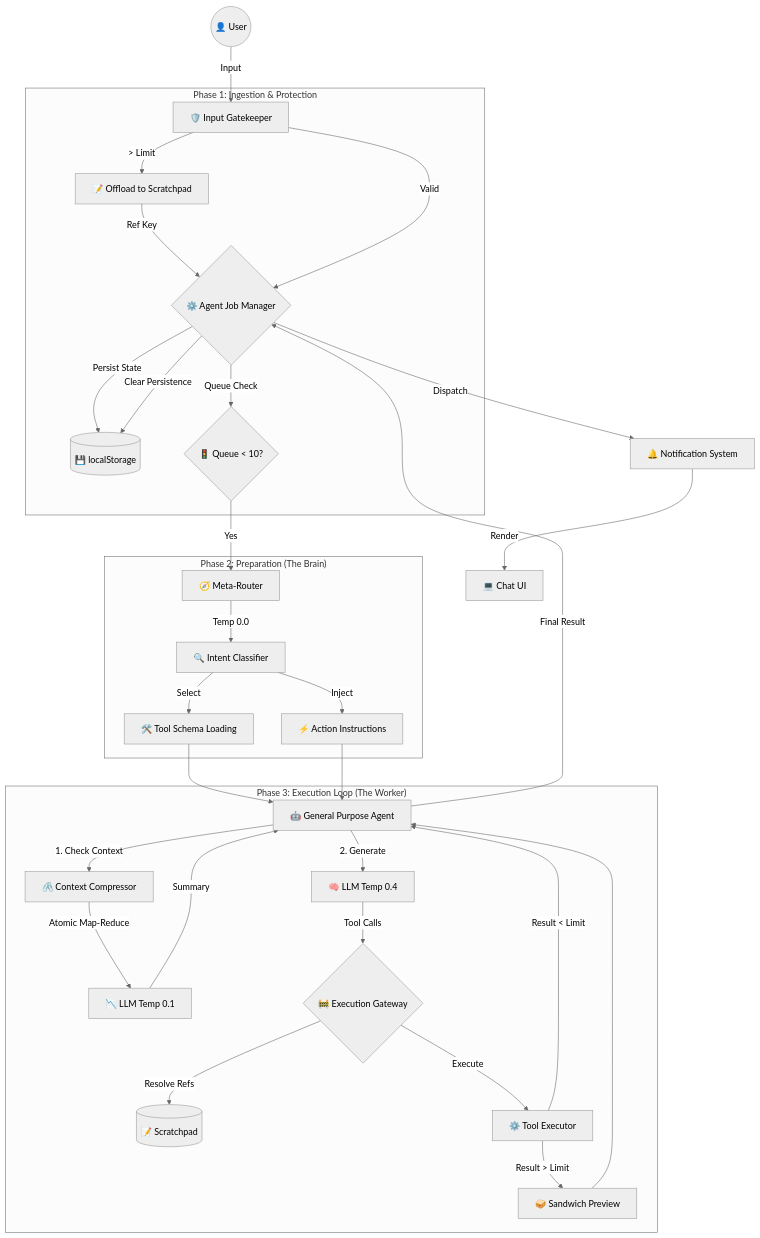
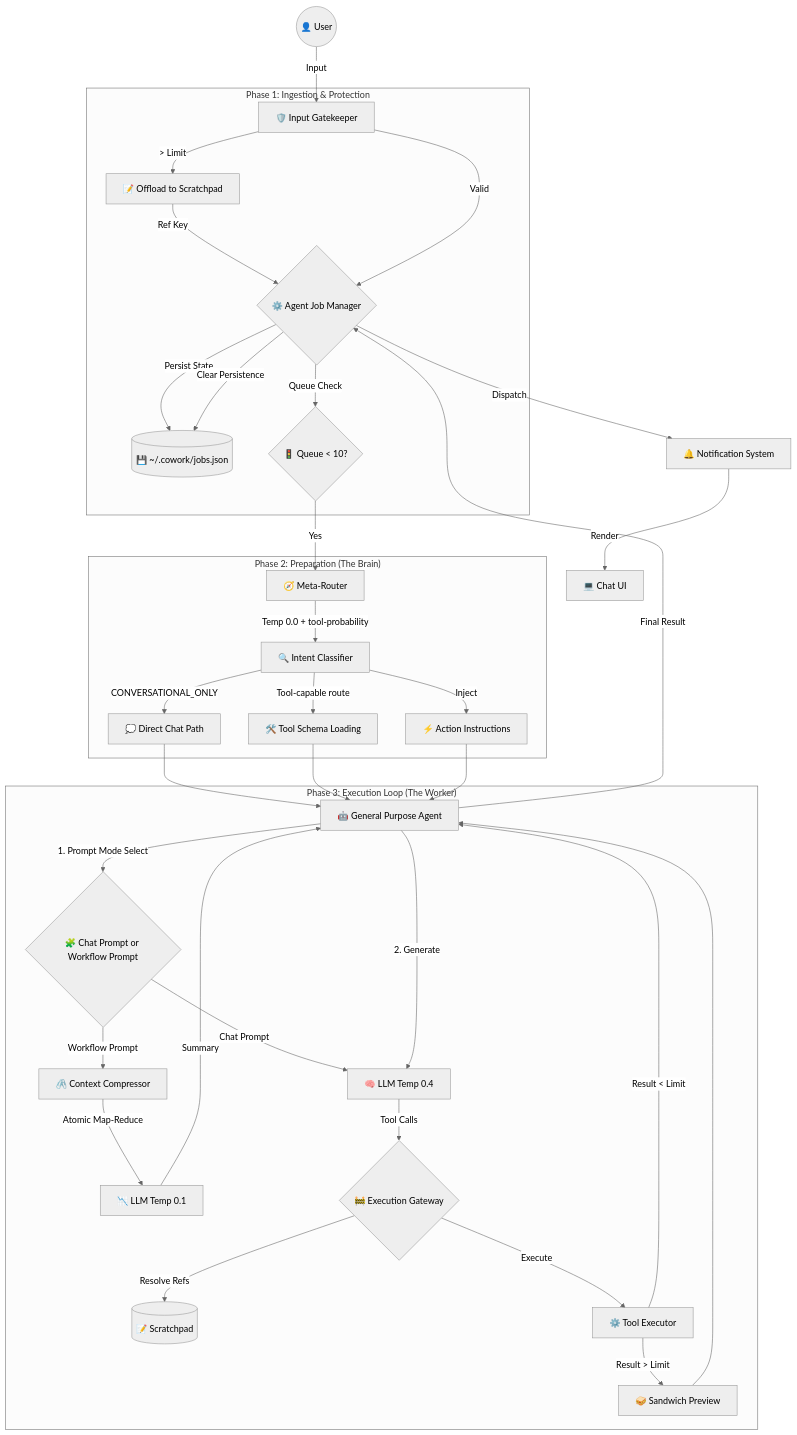
One commit to rzafiamy/cowork changed the diagram in docs/agentic/Overview.md. Above: the diagram before and after it, drawn with Mermaid (neutral theme). The commit also changed other lines of this file and 13 other files, not shown here.

````diff
--- a/docs/agentic/Overview.md
+++ b/docs/agentic/Overview.md
@@ -23,44 +32,48 @@
 ```mermaid
 graph TD
     User((👤 User)) -->|Input| Gatekeeper[🛡️ Input Gatekeeper]
 
     subgraph "Phase 1: Ingestion & Protection"
         Gatekeeper -- "> Limit" --> Offload[📝 Offload to Scratchpad]
         Offload -->|Ref Key| JobMgr
         Gatekeeper -- "Valid" --> JobMgr{⚙️ Agent Job Manager}
         
-        JobMgr -->|Persist State| Storage[(💾 localStorage)]
+        JobMgr -->|Persist State| Storage[(💾 ~/.cowork/jobs.json)]
         JobMgr -->|Queue Check| Queue{🚦 Queue < 10?}
     end
 
     subgraph "Phase 2: Preparation (The Brain)"
         Queue -- Yes --> Router[🧭 Meta-Router]
-        Router -->|Temp 0.0| Classifier[🔍 Intent Classifier]
-        Classifier -->|Select| Tools[🛠️ Tool Schema Loading]
+        Router -->|Temp 0.0 + tool-probability| Classifier[🔍 Intent Classifier]
+        Classifier -->|CONVERSATIONAL_ONLY| ChatPath[💭 Direct Chat Path]
+        Classifier -->|Tool-capable route| Tools[🛠️ Tool Schema Loading]
         Classifier -->|Inject| Actions[⚡ Action Instructions]
     end
 
     subgraph "Phase 3: Execution Loop (The Worker)"
+        ChatPath --> Agent
         Tools --> Agent[🤖 General Purpose Agent]
         Actions --> Agent
         
-        Agent -->|1. Check Context| Compressor[🖇️ Context Compressor]
+        Agent -->|1. Prompt Mode Select| PromptSplit{🧩 Chat Prompt or Workflow Prompt}
+        PromptSplit -->|Workflow Prompt| Compressor[🖇️ Context Compressor]
+        PromptSplit -->|Chat Prompt| LLM_G
         Compressor -- "Atomic Map-Reduce" --> LLM_S[📉 LLM Temp 0.1]
         LLM_S -->|Summary| Agent
         
         Agent -->|2. Generate| LLM_G[🧠 LLM Temp 0.4]
         LLM_G -->|Tool Calls| Gateway{🚧 Execution Gateway}
         
         Gateway -->|Resolve Refs| SP[(📝 Scratchpad)]
         Gateway -->|Execute| Executor[⚙️ Tool Executor]
         
         Executor -- "Result > Limit" --> Sandwich[🥪 Sandwich Preview]
         Sandwich --> Agent
         Executor -- "Result < Limit" --> Agent
     end
 
     Agent -->|Final Result| JobMgr
     JobMgr -->|Clear Persistence| Storage
     JobMgr -->|Dispatch| Notification[🔔 Notification System]
     Notification -->|Render| UI[💻 Chat UI]
 ```
````
